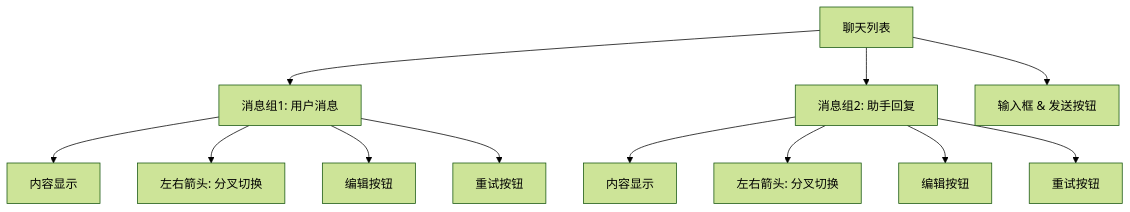
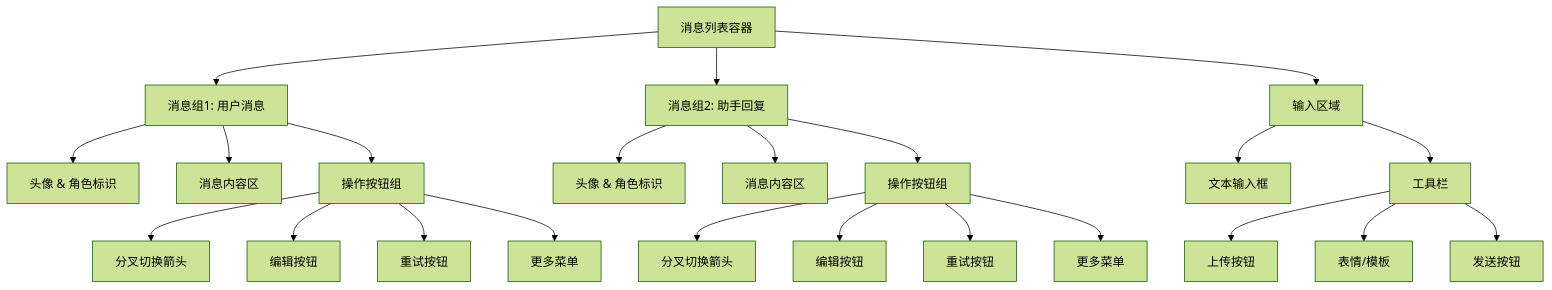
The second of 5 diagrams in DesignDocs/architecture/chat-page-design-and-implementation-plan.md (ComfyTavern/comfytavern), drawn with Mermaid (forest theme) before and after one commit. The commit also changed other lines of this file, not shown here.

````diff
--- a/DesignDocs/architecture/chat-page-design-and-implementation-plan.md
+++ b/DesignDocs/architecture/chat-page-design-and-implementation-plan.md
@@ -267,14 +397,27 @@
 ```mermaid
 graph TD
-A[聊天列表] --> B[消息组1: 用户消息]
-B --> C[内容显示]
-B --> D[左右箭头: 分叉切换]
-B --> E[编辑按钮]
-B --> F[重试按钮]
-A --> G[消息组2: 助手回复]
-G --> H[内容显示]
-G --> I[左右箭头: 分叉切换]
-G --> J[编辑按钮]
-G --> K[重试按钮]
-A --> L[输入框 & 发送按钮]
+    A[消息列表容器] --> B[消息组1: 用户消息]
+    B --> C[头像 & 角色标识]
+    B --> D[消息内容区]
+    B --> E[操作按钮组]
+    E --> E1[分叉切换箭头]
+    E --> E2[编辑按钮]
+    E --> E3[重试按钮]
+    E --> E4[更多菜单]
+
+    A --> F[消息组2: 助手回复]
+    F --> G[头像 & 角色标识]
+    F --> H[消息内容区]
+    F --> I[操作按钮组]
+    I --> I1[分叉切换箭头]
+    I --> I2[编辑按钮]
+    I --> I3[重试按钮]
+    I --> I4[更多菜单]
+
+    A --> J[输入区域]
+    J --> K[文本输入框]
+    J --> L[工具栏]
+    L --> L1[上传按钮]
+    L --> L2[表情/模板]
+    L --> L3[发送按钮]
 ```
````
